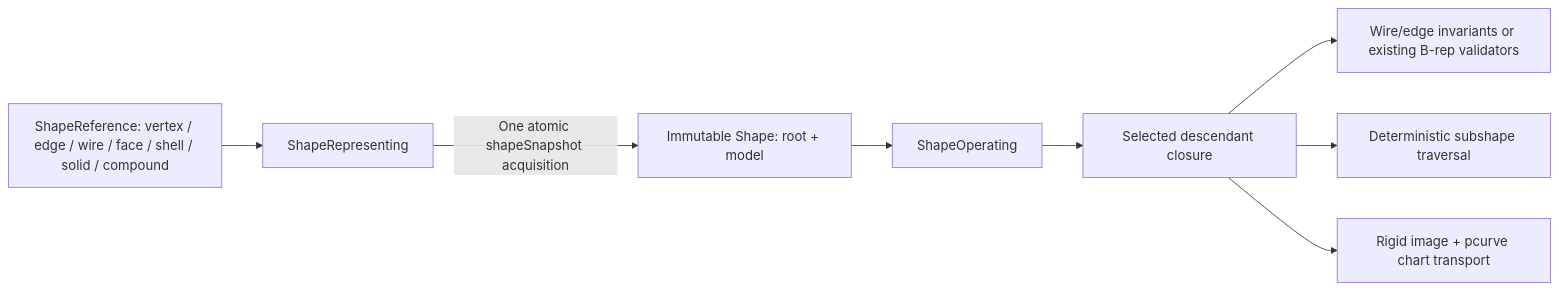
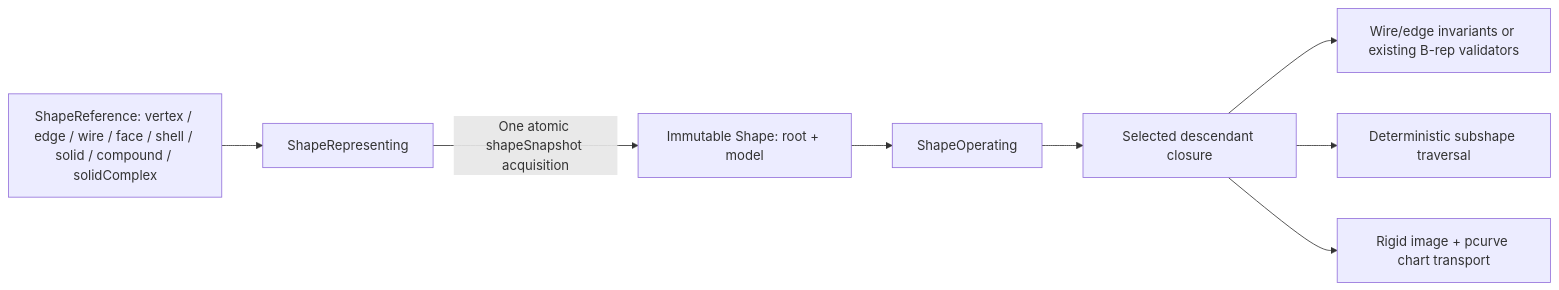
One commit to 1amageek/swift-CAD changed the diagram in Sources/CADTopology/GenericShape/DESIGN.md. Above: the diagram before and after it, drawn with Mermaid. The commit also changed other lines of this file and 16 other files, not shown here.

Commit message:
Add face-connected solid complex topology

````diff
--- a/Sources/CADTopology/GenericShape/DESIGN.md
+++ b/Sources/CADTopology/GenericShape/DESIGN.md
@@ -40,10 +46,10 @@
 ```mermaid
 flowchart LR
-    Root["ShapeReference: vertex / edge / wire / face / shell / solid / compound"] --> Provider["ShapeRepresenting"]
+    Root["ShapeReference: vertex / edge / wire / face / shell / solid / compound / solidComplex"] --> Provider["ShapeRepresenting"]
     Provider -->|"One atomic shapeSnapshot acquisition"| Shape["Immutable Shape: root + model"]
     Shape --> Operation["ShapeOperating"]
     Operation --> Closure["Selected descendant closure"]
     Closure --> Validation["Wire/edge invariants or existing B-rep validators"]
     Closure --> Traversal["Deterministic subshape traversal"]
     Closure --> Transform["Rigid image + pcurve chart transport"]
 ```
````
